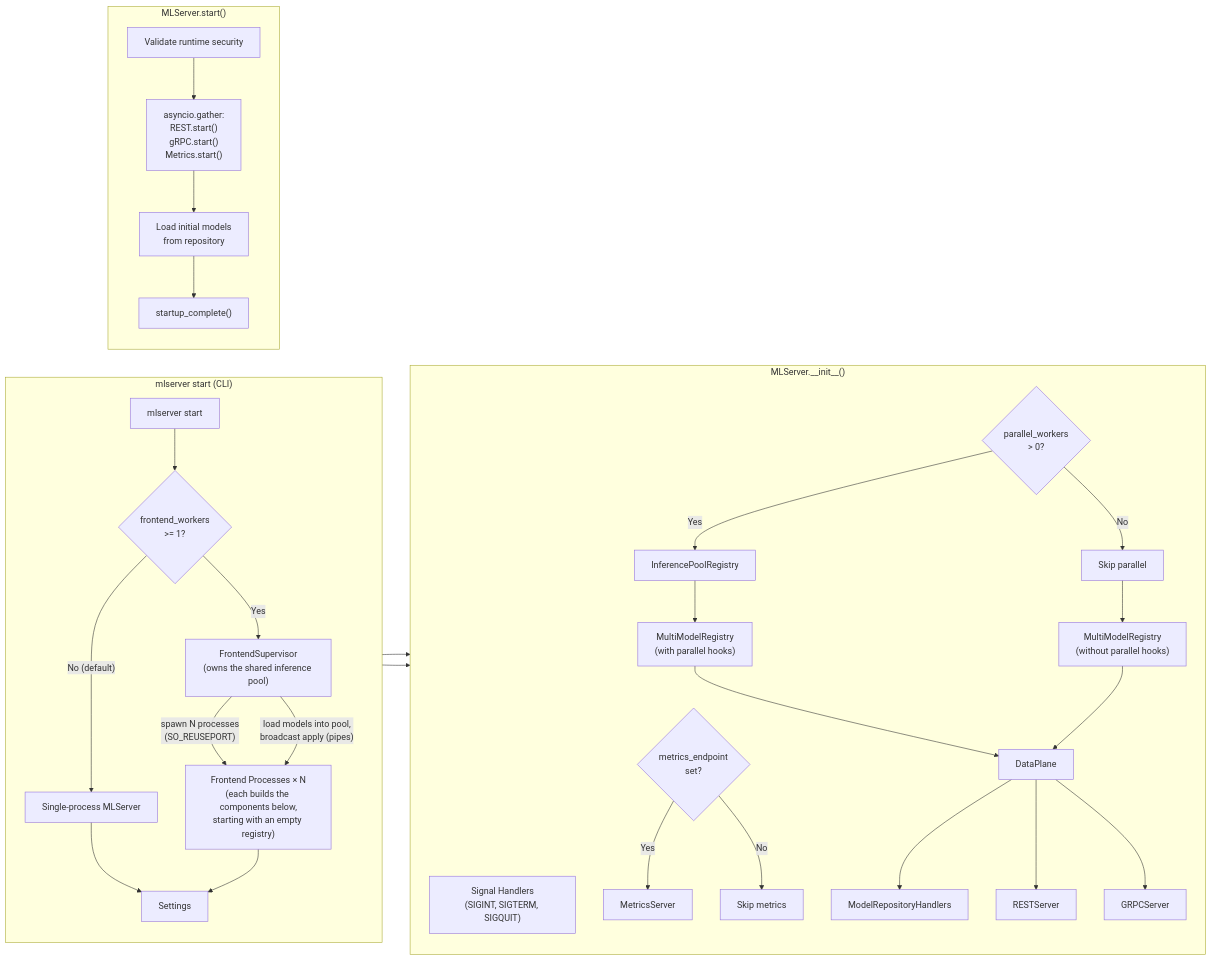
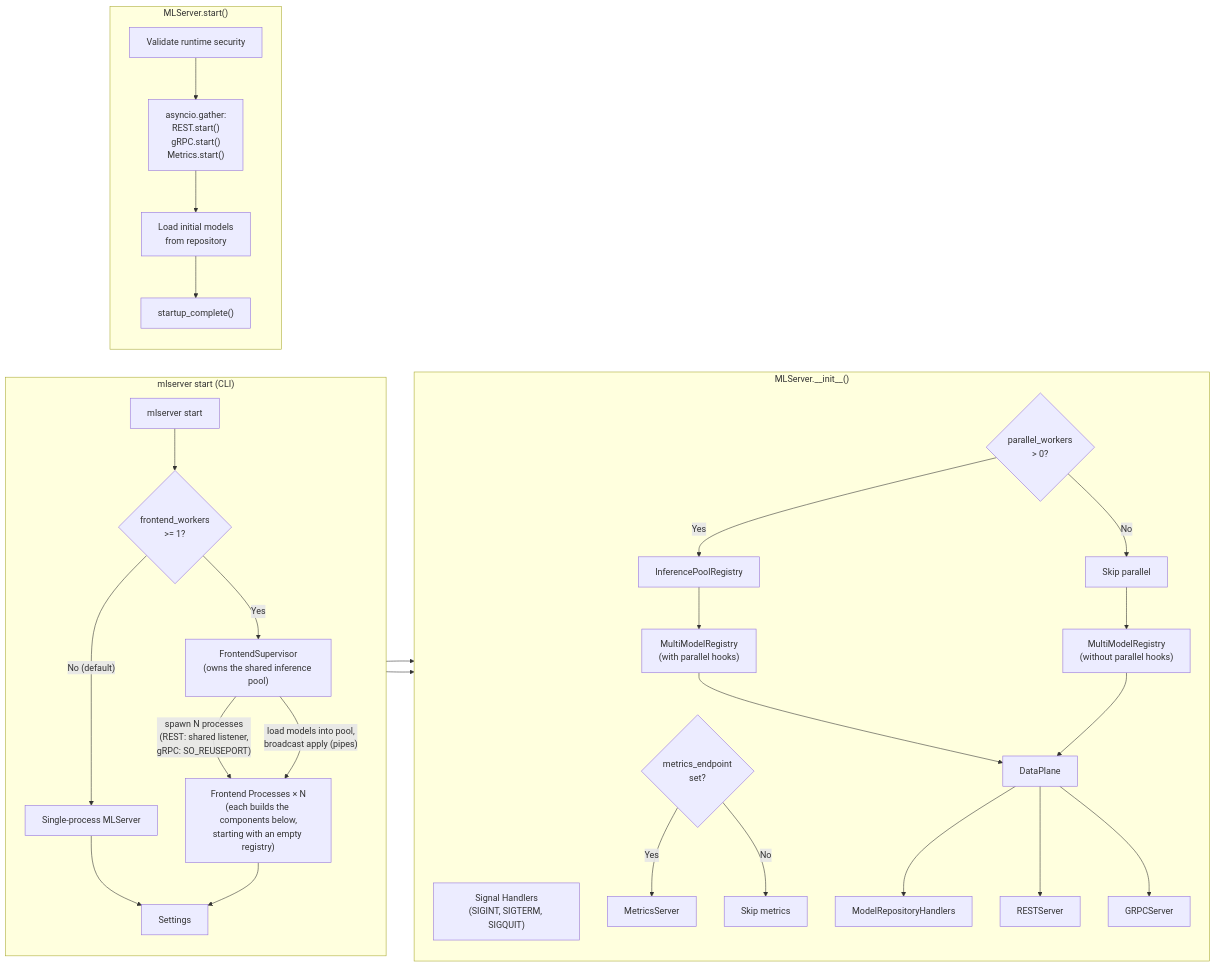
Before and after one commit to Snomaan6846/MLServer: the ninth of 9 diagrams in docs/engineering/architecture.md, drawn with Mermaid. The commit also changed other lines of this file and 93 other files, not shown here.

````diff
--- a/docs/engineering/architecture.md
+++ b/docs/engineering/architecture.md
@@ -746,47 +749,47 @@
 ```mermaid
 flowchart LR
     subgraph "mlserver start (CLI)"
         direction TB
         CLI["mlserver start"]
         FW_CHECK{"frontend_workers<br/>>= 1?"}
         CLI --> FW_CHECK
         FW_CHECK -->|"Yes"| SUP["FrontendSupervisor<br/>(owns the shared inference pool)"]
         FW_CHECK -->|"No (default)"| SINGLE["Single-process MLServer"]
-        SUP -->|"spawn N processes<br/>(SO_REUSEPORT)"| FES["Frontend Processes × N<br/>(each builds the components below,<br/>starting with an empty registry)"]
+        SUP -->|"spawn N processes<br/>(REST: shared listener,<br/>gRPC: SO_REUSEPORT)"| FES["Frontend Processes × N<br/>(each builds the components below,<br/>starting with an empty registry)"]
         SUP -->|"load models into pool,<br/>broadcast apply (pipes)"| FES
         SINGLE --> INIT
         FES --> INIT
     end
 
     subgraph "MLServer.__init__()"
         direction TB
         INIT["Settings"]
         SIG["Signal Handlers<br/>(SIGINT, SIGTERM, SIGQUIT)"]
 
         INIT --> MS_CHECK{"metrics_endpoint<br/>set?"}
         MS_CHECK -->|"Yes"| METRICS["MetricsServer"]
         MS_CHECK -->|"No"| SKIP_M["Skip metrics"]
 
         INIT --> PW_CHECK{"parallel_workers<br/>> 0?"}
         PW_CHECK -->|"Yes"| IPR["InferencePoolRegistry"]
         PW_CHECK -->|"No"| SKIP_P["Skip parallel"]
 
         IPR --> MMR["MultiModelRegistry<br/>(with parallel hooks)"]
         SKIP_P --> MMR2["MultiModelRegistry<br/>(without parallel hooks)"]
 
         MMR --> DP["DataPlane"]
         MMR2 --> DP
         DP --> MRH["ModelRepositoryHandlers"]
 
         DP --> REST_S["RESTServer"]
         DP --> GRPC_S["GRPCServer"]
     end
 
     subgraph "MLServer.start()"
         direction TB
         SEC["Validate runtime security"]
         SEC --> START_ALL["asyncio.gather:<br/>REST.start()<br/>gRPC.start()<br/>Metrics.start()"]
         START_ALL --> LOAD["Load initial models<br/>from repository"]
         LOAD --> READY["startup_complete()"]
     end
 ```
````
